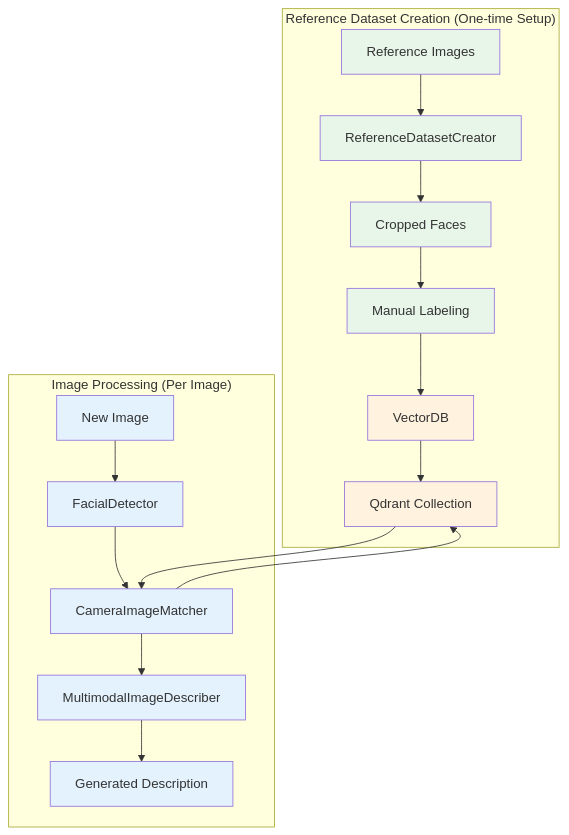
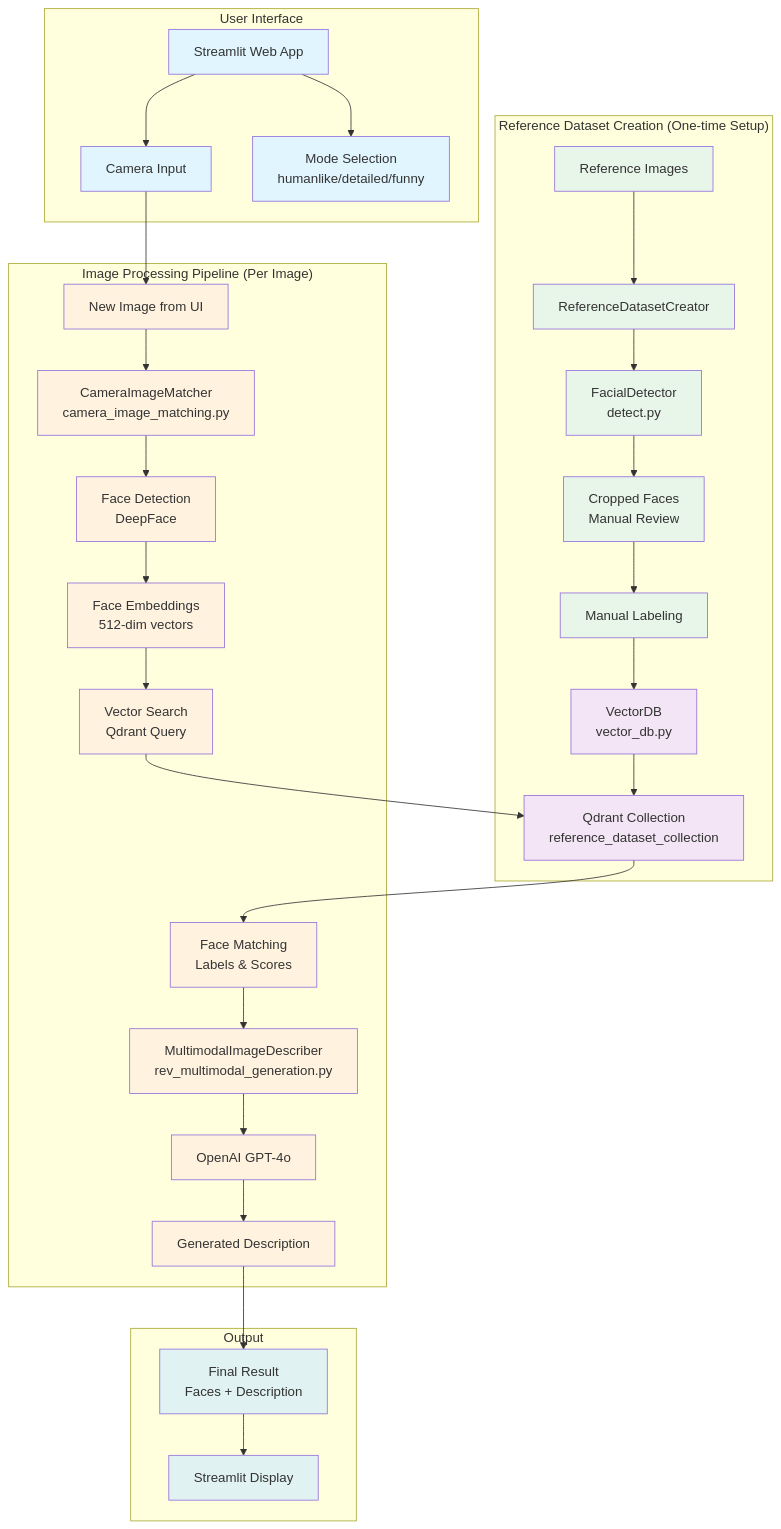
The diagram in README.md (AtishaRajpurohit/multimodal-rag), drawn with Mermaid before and after one commit. The commit also changed other lines of this file, not shown here.

Commit message:
Day 14 Check in

````diff
--- a/README.md
+++ b/README.md
@@ -59,45 +59,78 @@
 ```mermaid
 graph TB
-    %% Reference Dataset Creation (Independent Workflow)
-    subgraph "Reference Dataset Creation (One-time Setup)"
-        RDC[ReferenceDatasetCreator]
-        RefImages[Reference Images]
-        Crops[Cropped Faces]
-        Label[Manual Labeling]
-        VDB[VectorDB]
-        QD[Qdrant Collection]
+    %% User Interface Layer
+    subgraph "User Interface"
+        UI[Streamlit Web App]
+        Camera[Camera Input]
+        Mode[Mode Selection<br/>humanlike/detailed/funny]
     end
 
-    %% Image Processing Workflow
-    subgraph "Image Processing (Per Image)"
-        NewImage[New Image]
-        FD[FacialDetector]
-        CIM[CameraImageMatcher]
-        MID[MultimodalImageDescriber]
-        Result[Generated Description]
+    %% Reference Dataset Creation (Independent)
+    subgraph "Reference Dataset Creation (One-time Setup)"
+        RefImages[Reference Images]
+        RDC[ReferenceDatasetCreator]
+        Detect[FacialDetector<br/>detect.py]
+        Crops[Cropped Faces<br/>Manual Review]
+        Labels[Manual Labeling]
+        VDB[VectorDB<br/>vector_db.py]
+        QD[Qdrant Collection<br/>reference_dataset_collection]
     end
 
-    %% Reference dataset flow
+    %% Image Processing Pipeline
+    subgraph "Image Processing Pipeline (Per Image)"
+        NewImage[New Image from UI]
+        CIM[CameraImageMatcher<br/>camera_image_matching.py]
+        FaceDetect[Face Detection<br/>DeepFace]
+        Embed[Face Embeddings<br/>512-dim vectors]
+        Search[Vector Search<br/>Qdrant Query]
+        Match[Face Matching<br/>Labels & Scores]
+        MID[MultimodalImageDescriber<br/>rev_multimodal_generation.py]
+        OpenAI[OpenAI GPT-4o]
+        Desc[Generated Description]
+    end
+
+    %% Output
+    subgraph "Output"
+        Result[Final Result<br/>Faces + Description]
+        Display[Streamlit Display]
+    end
+
+    %% User Interface Flow
+    UI --> Camera
+    UI --> Mode
+    Camera --> NewImage
+
+    %% Reference Dataset Flow (Independent)
     RefImages --> RDC
-    RDC --> Crops
-    Crops --> Label
-    Label --> VDB
+    RDC --> Detect
+    Detect --> Crops
+    Crops --> Labels
+    Labels --> VDB
     VDB --> QD
 
-    %% Image processing flow
-    NewImage --> FD
-    FD --> CIM
-    CIM --> QD
-    QD --> CIM
-    CIM --> MID
-    MID --> Result
+    %% Image Processing Flow
+    NewImage --> CIM
+    CIM --> FaceDetect
+    FaceDetect --> Embed
+    Embed --> Search
+    Search --> QD
+    QD --> Match
+    Match --> MID
+    MID --> OpenAI
+    OpenAI --> Desc
+    Desc --> Result
+    Result --> Display
 
     %% Styling
+    classDef ui fill:#e1f5fe;
     classDef reference fill:#e8f5e9;
-    classDef processing fill:#e3f2fd;
-    classDef storage fill:#fff3e0;
+    classDef processing fill:#fff3e0;
+    classDef storage fill:#f3e5f5;
+    classDef output fill:#e0f2f1;
     
-    class RDC,RefImages,Crops,Label reference;
-    class NewImage,FD,CIM,MID,Result processing;
+    class UI,Camera,Mode ui;
+    class RefImages,RDC,Detect,Crops,Labels reference;
+    class NewImage,CIM,FaceDetect,Embed,Search,Match,MID,OpenAI,Desc processing;
     class VDB,QD storage;
+    class Result,Display output;
 ```
````
